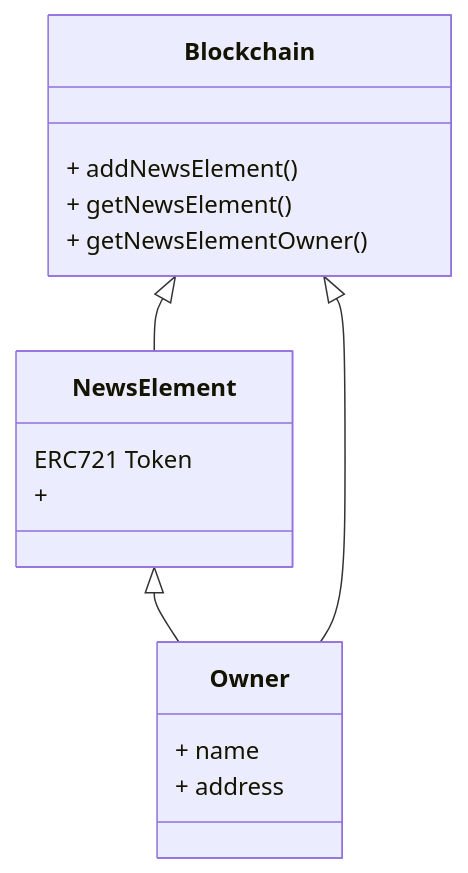
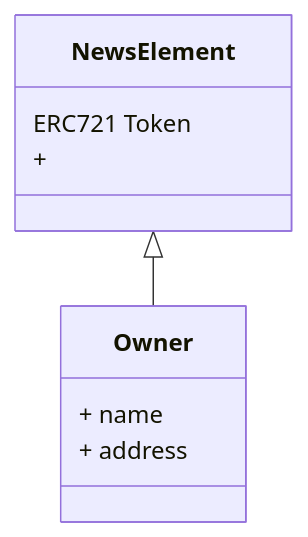
The second of 2 diagrams in README.md (Grutschus/unfakenews), drawn with Mermaid before and after one commit.

Commit message:
[WIP] Description of general idea

````diff
--- a/README.md
+++ b/README.md
@@ -19,23 +19,15 @@
 ```mermaid
 classDiagram
     class NewsElement{
         ERC721 Token
         + 
     }
 
     class Owner{
         + name
         + address
     }
 
-    class Blockchain{
-        
-        + addNewsElement()
-        + getNewsElement()
-        + getNewsElementOwner()
-    }
+    NewsElement <|-- Owner
 
-    NewsElement <|-- Owner
-    Blockchain <|-- NewsElement
-    Blockchain <|-- Owner
 ```
````
